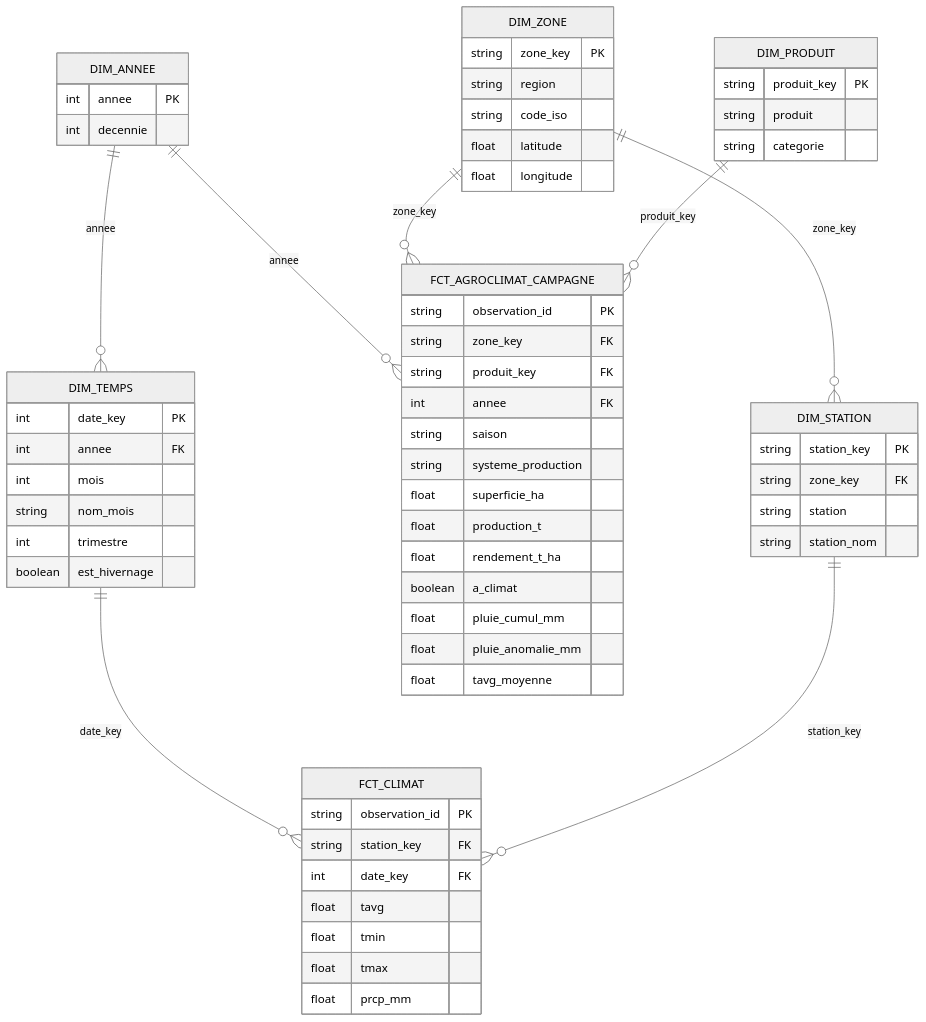
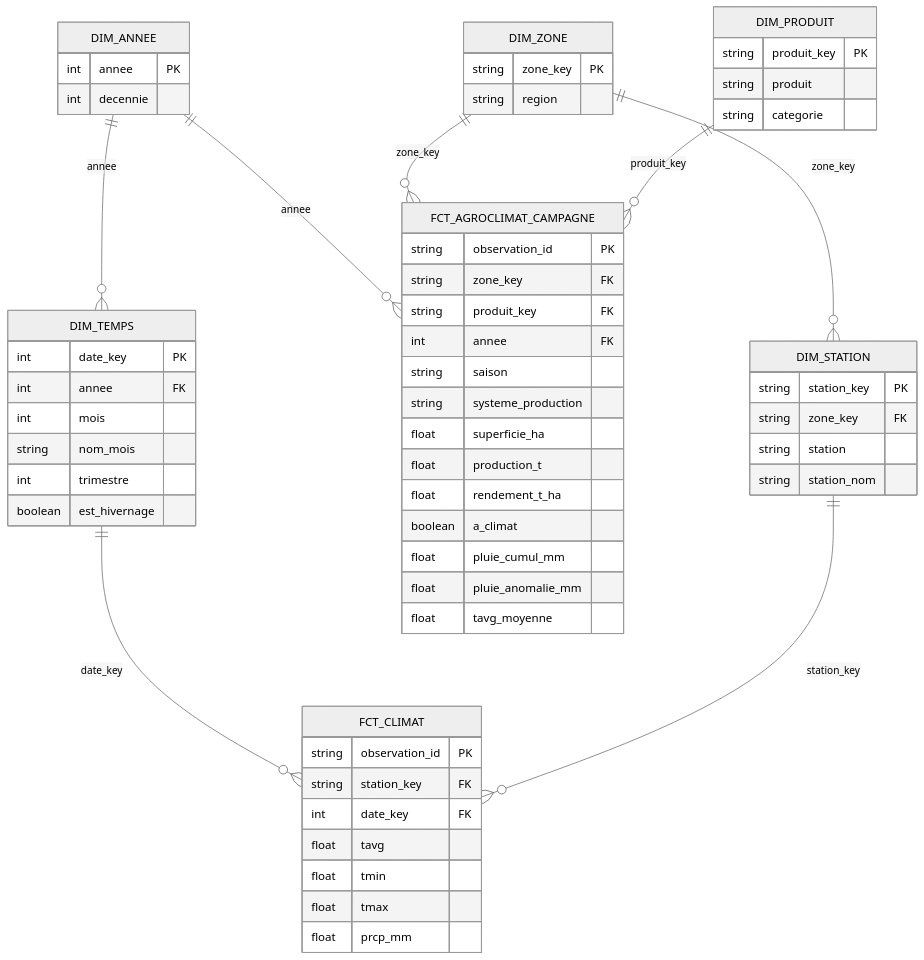
Before and after one commit to abdoudjigo/assaman-suuf: the diagram in dbt_project/README_modelisation_powerbi.md, drawn with Mermaid (neutral theme). The commit also changed other lines of this file and 18 other files, not shown here.

````diff
--- a/dbt_project/README_modelisation_powerbi.md
+++ b/dbt_project/README_modelisation_powerbi.md
@@ -41,67 +41,64 @@
 ```mermaid
 erDiagram
     DIM_ANNEE ||--o{ DIM_TEMPS : "annee"
     DIM_ANNEE ||--o{ FCT_AGROCLIMAT_CAMPAGNE : "annee"
     DIM_TEMPS ||--o{ FCT_CLIMAT : "date_key"
 
     DIM_ZONE ||--o{ DIM_STATION : "zone_key"
     DIM_ZONE ||--o{ FCT_AGROCLIMAT_CAMPAGNE : "zone_key"
     DIM_STATION ||--o{ FCT_CLIMAT : "station_key"
 
     DIM_PRODUIT ||--o{ FCT_AGROCLIMAT_CAMPAGNE : "produit_key"
 
     DIM_ANNEE {
         int annee PK
         int decennie
     }
     DIM_TEMPS {
         int date_key PK
         int annee FK
         int mois
         string nom_mois
         int trimestre
         boolean est_hivernage
     }
     DIM_ZONE {
         string zone_key PK
         string region
-        string code_iso
-        float latitude
-        float longitude
     }
     DIM_STATION {
         string station_key PK
         string zone_key FK
         string station
         string station_nom
     }
     DIM_PRODUIT {
         string produit_key PK
         string produit
         string categorie
     }
     FCT_AGROCLIMAT_CAMPAGNE {
         string observation_id PK
         string zone_key FK
         string produit_key FK
         int annee FK
         string saison
         string systeme_production
         float superficie_ha
         float production_t
         float rendement_t_ha
         boolean a_climat
         float pluie_cumul_mm
         float pluie_anomalie_mm
         float tavg_moyenne
     }
     FCT_CLIMAT {
         string observation_id PK
         string station_key FK
         int date_key FK
         float tavg
         float tmin
         float tmax
         float prcp_mm
     }
 ```
````
